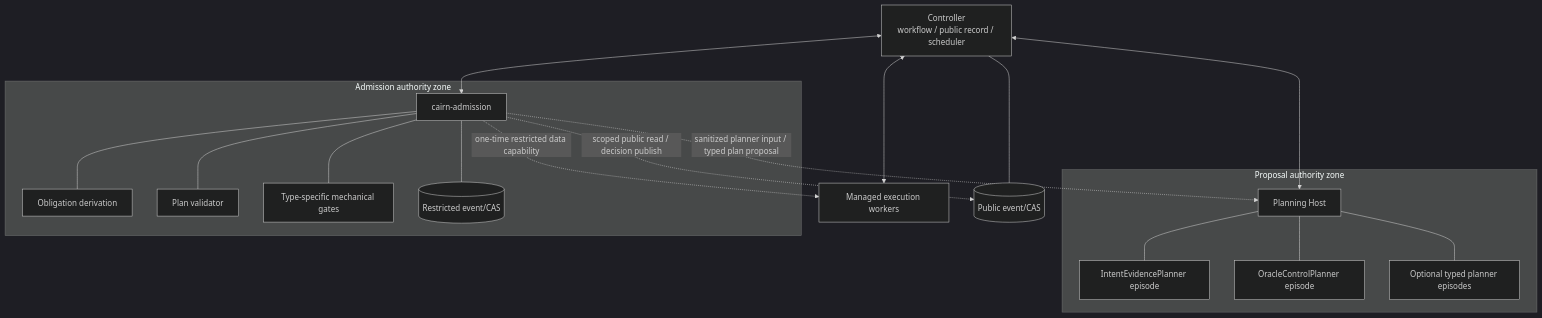
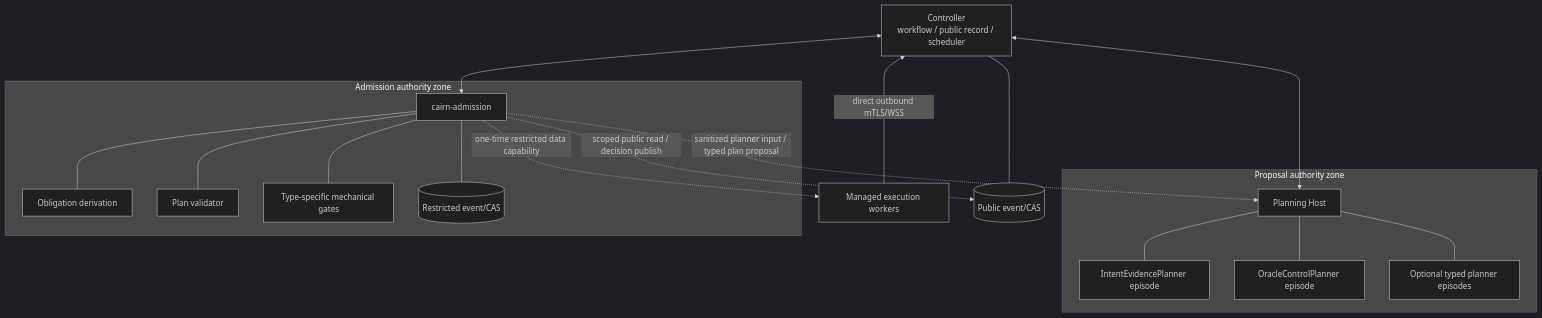
Before and after one commit to ascendresearch/cairn: the second of 3 diagrams in docs/design/ADMISSION_ARCHITECTURE.md, drawn with Mermaid (dark theme). The commit also changed other lines of this file and 18 other files, not shown here.

Commit message:
docs: freeze agent-loop workflow architecture

````diff
--- a/docs/design/ADMISSION_ARCHITECTURE.md
+++ b/docs/design/ADMISSION_ARCHITECTURE.md
@@ -481,37 +481,37 @@
 ```mermaid
 flowchart TB
     controller["Controller\nworkflow / public record / scheduler"]
 
     subgraph proposal["Proposal authority zone"]
       host["Planning Host"]
       intentp["IntentEvidencePlanner episode"]
       oraclep["OracleControlPlanner episode"]
       perfp["Optional typed planner episodes"]
       host --- intentp
       host --- oraclep
       host --- perfp
     end
 
     subgraph admissionzone["Admission authority zone"]
       service["cairn-admission"]
       derive["Obligation derivation"]
       validator["Plan validator"]
       gates["Type-specific mechanical gates"]
       restricted[("Restricted event/CAS")]
       service --- derive
       service --- validator
       service --- gates
       service --- restricted
     end
 
     workers["Managed execution workers"]
     public[("Public event/CAS")]
 
     controller <--> host
     controller <--> service
     service -. "sanitized planner input / typed plan proposal" .-> host
-    controller <--> workers
+    workers -->|"direct outbound mTLS/WSS"| controller
     service -. "one-time restricted data capability" .-> workers
     controller --- public
     service -. "scoped public read / decision publish" .-> public
 ```
````
